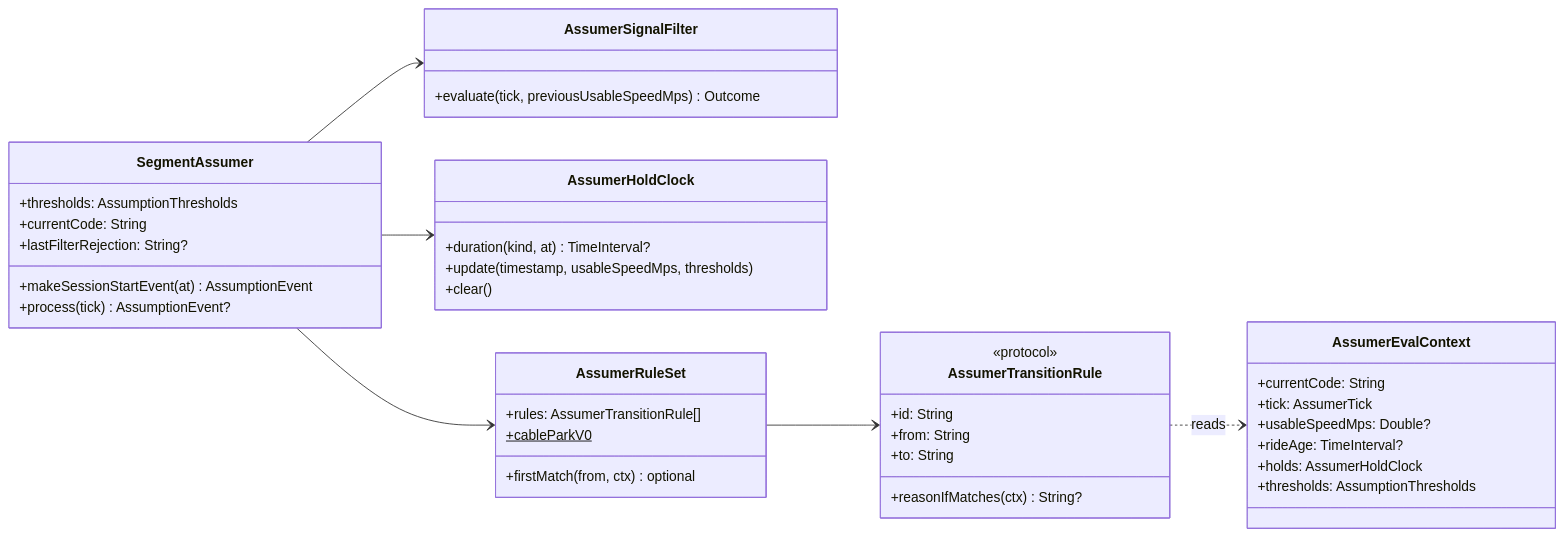
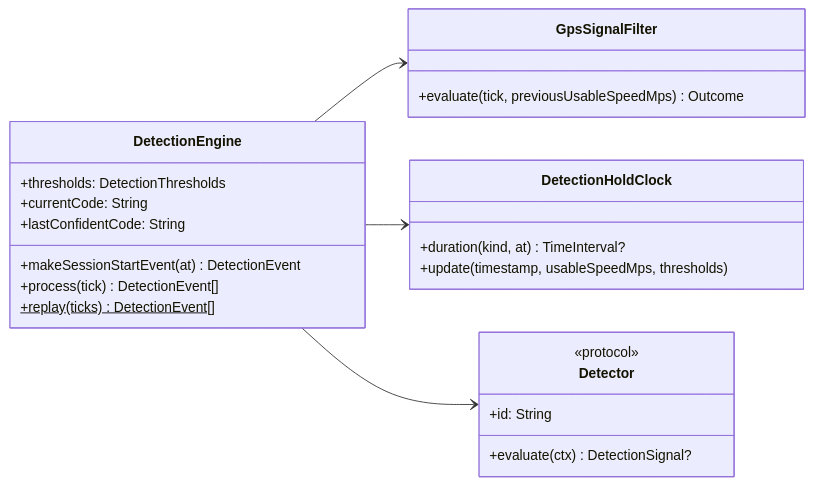
Before and after one commit to DCSBL/rppl: the third of 3 diagrams in RpplCore/DESIGN.md, drawn with Mermaid. The commit also changed other lines of this file and 33 other files, not shown here.

First line of the commit message:
Feat/ride pause detection (#11)

````diff
--- a/RpplCore/DESIGN.md
+++ b/RpplCore/DESIGN.md
@@ -109,51 +103,32 @@
 ```mermaid
 classDiagram
   direction LR
 
-  class SegmentAssumer {
-    +thresholds: AssumptionThresholds
+  class DetectionEngine {
+    +thresholds: DetectionThresholds
     +currentCode: String
-    +lastFilterRejection: String?
-    +makeSessionStartEvent(at) AssumptionEvent
-    +process(tick) AssumptionEvent?
+    +lastConfidentCode: String
+    +makeSessionStartEvent(at) DetectionEvent
+    +process(tick) DetectionEvent[]
+    +replay(ticks)$ DetectionEvent[]
   }
 
-  class AssumerSignalFilter {
+  class GpsSignalFilter {
     +evaluate(tick, previousUsableSpeedMps) Outcome
   }
 
-  class AssumerHoldClock {
+  class DetectionHoldClock {
     +duration(kind, at) TimeInterval?
     +update(timestamp, usableSpeedMps, thresholds)
-    +clear()
   }
 
-  class AssumerRuleSet {
-    +rules: AssumerTransitionRule[]
-    +firstMatch(from, ctx) optional
-    +cableParkV0$
+  class Detector {
+    <<protocol>>
+    +id: String
+    +evaluate(ctx) DetectionSignal?
   }
 
-  class AssumerTransitionRule {
-    <<protocol>>
-    +id: String
-    +from: String
-    +to: String
-    +reasonIfMatches(ctx) String?
-  }
-
-  class AssumerEvalContext {
-    +currentCode: String
-    +tick: AssumerTick
-    +usableSpeedMps: Double?
-    +rideAge: TimeInterval?
-    +holds: AssumerHoldClock
-    +thresholds: AssumptionThresholds
-  }
-
-  SegmentAssumer --> AssumerSignalFilter
-  SegmentAssumer --> AssumerHoldClock
-  SegmentAssumer --> AssumerRuleSet
-  AssumerRuleSet --> AssumerTransitionRule
-  AssumerTransitionRule ..> AssumerEvalContext : reads
+  DetectionEngine --> GpsSignalFilter
+  DetectionEngine --> DetectionHoldClock
+  DetectionEngine --> Detector
 ```
````
